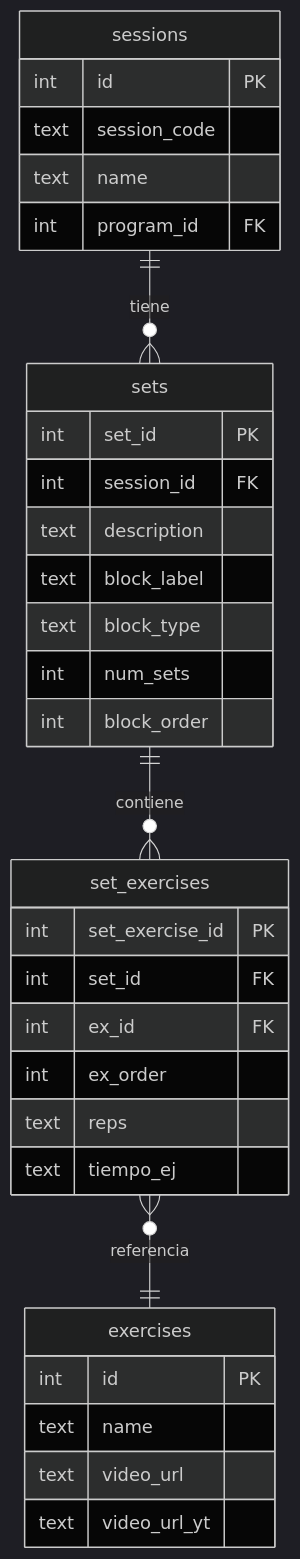
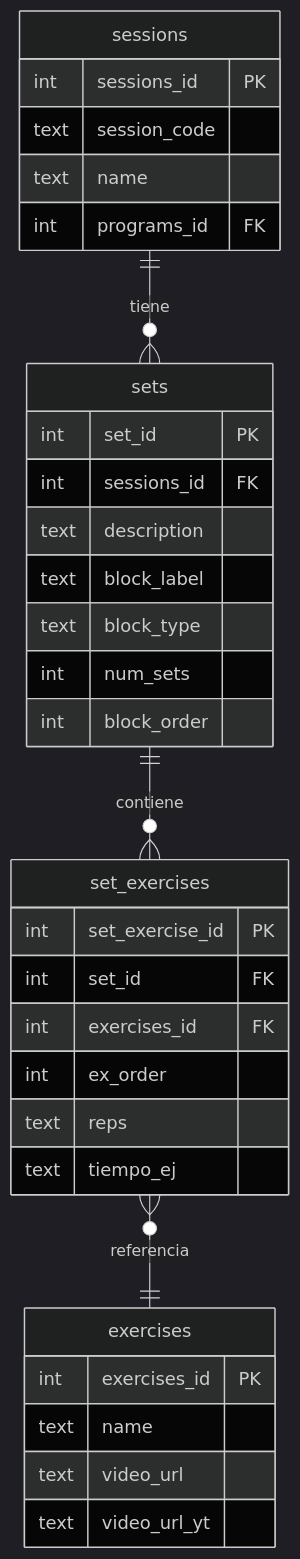
One commit to alsportia/irrompible changed the third of 3 diagrams in .kiro/specs/program-block-model/design.md. Above: the diagram before and after it, drawn with Mermaid (dark theme). The commit also changed other lines of this file and 38 other files, not shown here.

````diff
--- a/.kiro/specs/program-block-model/design.md
+++ b/.kiro/specs/program-block-model/design.md
@@ -244,35 +244,35 @@
 ```mermaid
 erDiagram
     sessions {
-        int id PK
+        int sessions_id PK
         text session_code
         text name
-        int program_id FK
+        int programs_id FK
     }
     sets {
         int set_id PK
-        int session_id FK
+        int sessions_id FK
         text description
         text block_label
         text block_type
         int num_sets
         int block_order
     }
     set_exercises {
         int set_exercise_id PK
         int set_id FK
-        int ex_id FK
+        int exercises_id FK
         int ex_order
         text reps
         text tiempo_ej
     }
     exercises {
-        int id PK
+        int exercises_id PK
         text name
         text video_url
         text video_url_yt
     }
     sessions ||--o{ sets : "tiene"
     sets ||--o{ set_exercises : "contiene"
     set_exercises }o--|| exercises : "referencia"
 ```
````
